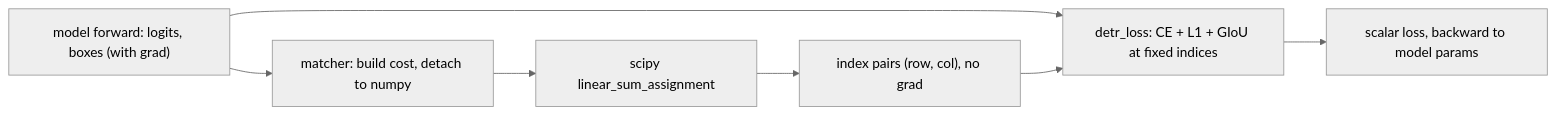
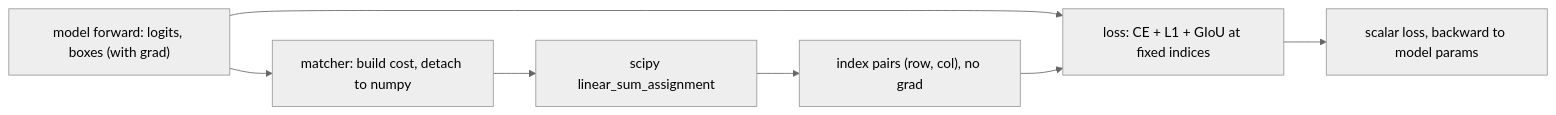
One commit to tanmaniac/nanovision changed the first of 2 diagrams in assignments/a11_detection_segmentation/README.md. Above: the diagram before and after it, drawn with Mermaid (neutral theme). The commit also changed other lines of this file and 68 other files, not shown here.

````diff
--- a/assignments/a11_detection_segmentation/README.md
+++ b/assignments/a11_detection_segmentation/README.md
@@ -96,9 +100,9 @@
 ```mermaid
 flowchart LR
     A["model forward: logits, boxes (with grad)"] --> B["matcher: build cost, detach to numpy"]
     B --> C["scipy linear_sum_assignment"]
     C --> D["index pairs (row, col), no grad"]
-    A --> E["detr_loss: CE + L1 + GIoU at fixed indices"]
+    A --> E["loss: CE + L1 + GIoU at fixed indices"]
     D --> E
     E --> F["scalar loss, backward to model params"]
 ```
````
